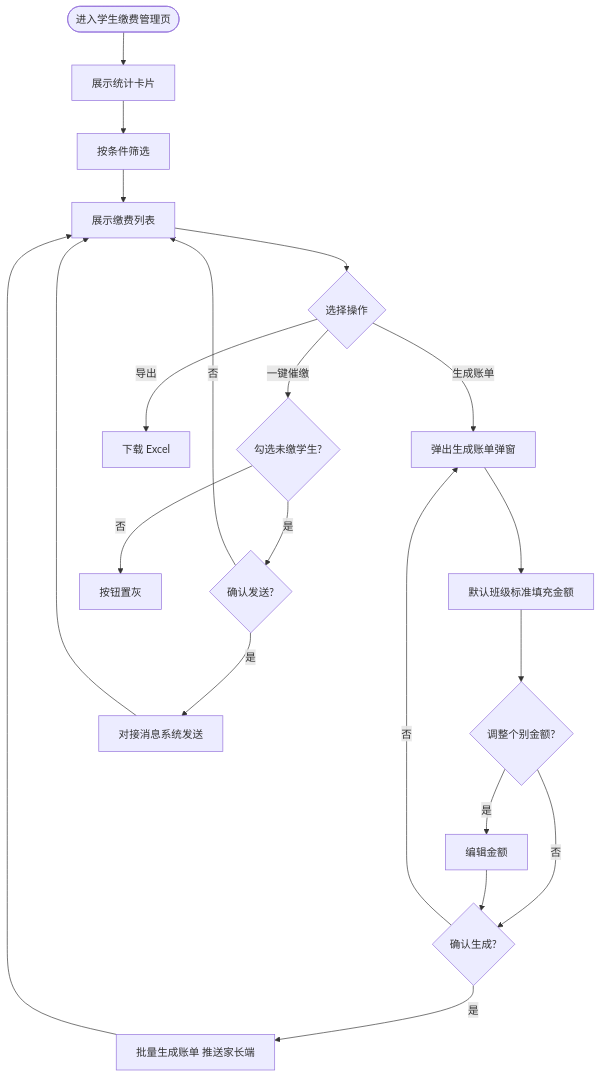
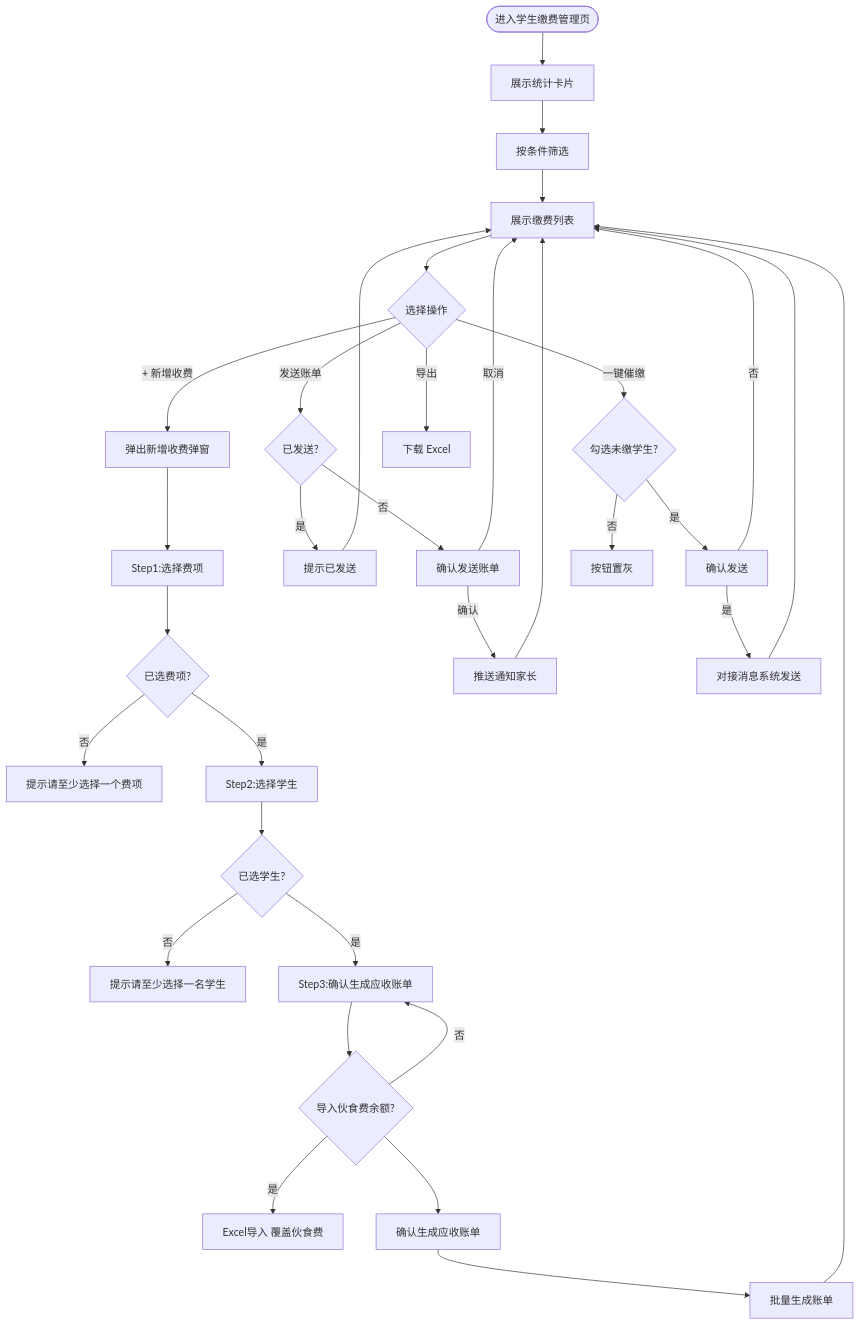
One commit to wxiang188/kindergarten-registration changed the eighth of 12 diagrams in SRS.md. Above: the diagram before and after it, drawn with Mermaid. The commit also changed other lines of this file and 10 other files, not shown here.

````diff
--- a/SRS.md
+++ b/SRS.md
@@ -1196,23 +1073,35 @@
 ```mermaid
 flowchart TD
     Start([进入学生缴费管理页]) --> Stats[展示统计卡片]
     Stats --> Search[按条件筛选]
     Search --> List[展示缴费列表]
     List --> Choose{选择操作}
-    Choose -->|生成账单| GenModal[弹出生成账单弹窗]
-    GenModal --> Fill[默认班级标准填充金额]
-    Fill --> Adjust{调整个别金额?}
-    Adjust -->|是| Edit[编辑金额]
-    Adjust -->|否| Confirm{确认生成?}
-    Edit --> Confirm
-    Confirm -->|是| Generate[批量生成账单 推送家长端]
-    Confirm -->|否| GenModal
+    Choose -->|+ 新增收费| NewFee[弹出新增收费弹窗]
+    NewFee --> Step1[Step1:选择费项]
+    Step1 --> Check1{已选费项?}
+    Check1 -->|否| Tip1[提示请至少选择一个费项]
+    Check1 -->|是| Step2[Step2:选择学生]
+    Step2 --> Check2{已选学生?}
+    Check2 -->|否| Tip2[提示请至少选择一名学生]
+    Check2 -->|是| Step3[Step3:确认生成应收账单]
+    Step3 --> Import{导入伙食费余额?}
+    Import -->|是| ImportFile[Excel导入 覆盖伙食费]
+    Import -->|否| Step3
+    Import --> Confirm[确认生成应收账单]
+    Confirm --> Generate[批量生成账单]
     Generate --> List
-    Choose -->|一键催缴| Select{勾选未缴学生?}
-    Select -->|是| RemindConfirm{确认发送?}
-    Select -->|否| Disabled[按钮置灰]
-    RemindConfirm -->|是| Send[对接消息系统发送]
+    Choose -->|发送账单| SendCheck{已发送?}
+    SendCheck -->|是| SentTip[提示已发送]
+    SendCheck -->|否| SendConfirm[确认发送账单]
+    SendConfirm -->|确认| Send[推送通知家长]
+    SendConfirm -->|取消| List
+    SentTip --> List
+    Send --> List
+    Choose -->|一键催缴| Remind{勾选未缴学生?}
+    Remind -->|是| RemindConfirm[确认发送]
+    Remind -->|否| Disabled[按钮置灰]
+    RemindConfirm -->|是| SendRemind[对接消息系统发送]
     RemindConfirm -->|否| List
-    Send --> List
+    SendRemind --> List
     Choose -->|导出| Export[下载 Excel]
 ```
````
